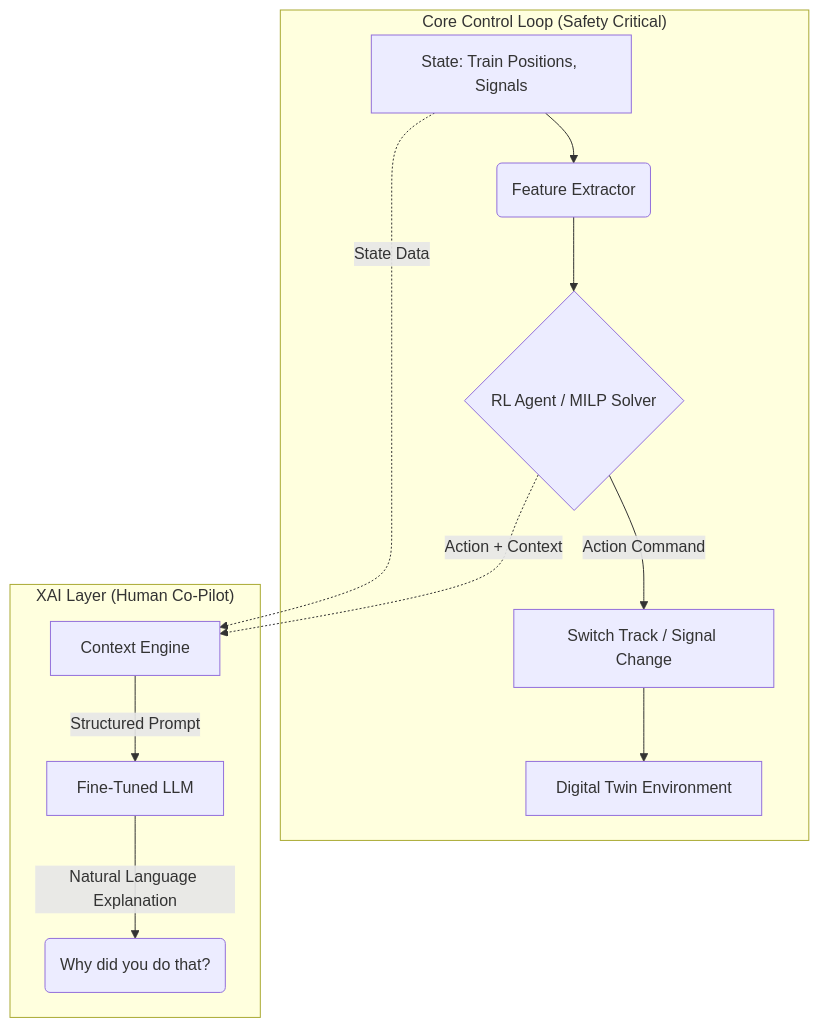
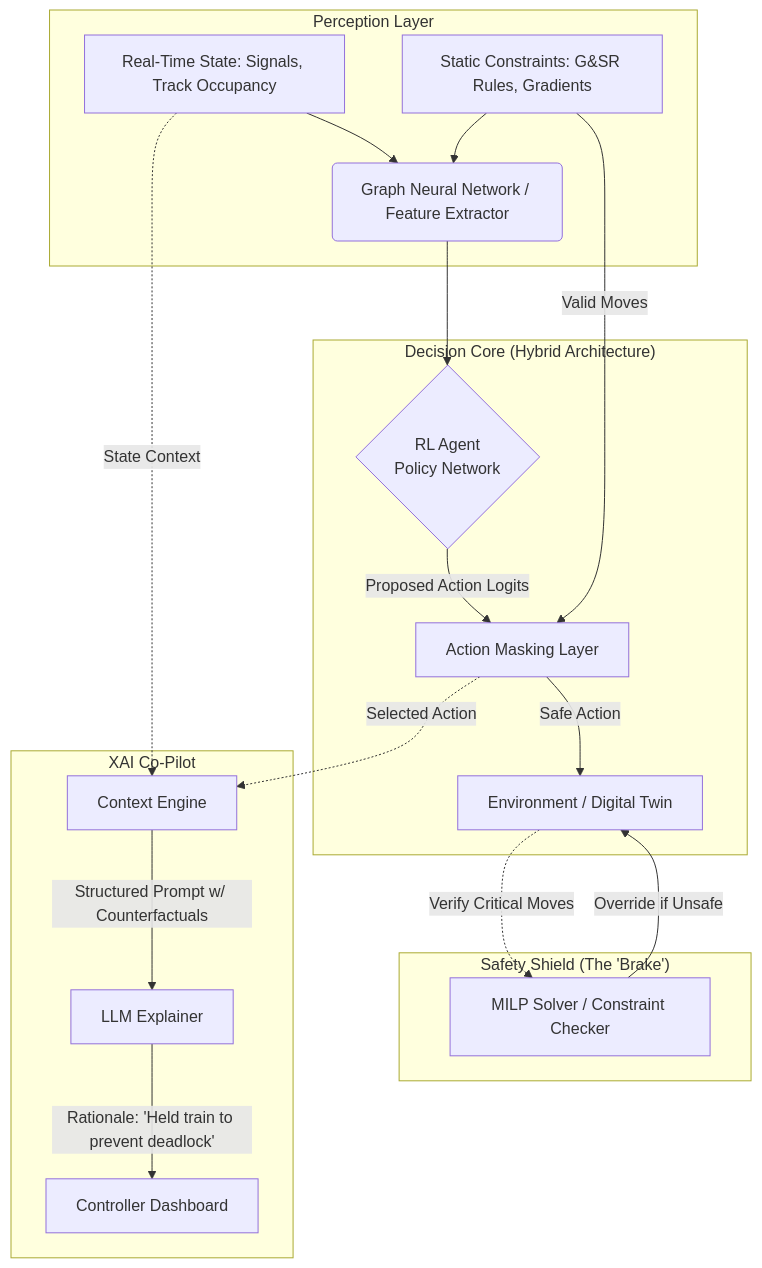
Before and after one commit to brishavkumar/Roboflow: the diagram in README.md, drawn with Mermaid.

Commit message:
update mermaid graph added Maskable PPO + GNN Embeddings

````diff
--- a/README.md
+++ b/README.md
@@ -129,16 +129,26 @@
 ```mermaid
 graph TD
-    subgraph "Core Control Loop (Safety Critical)"
-        A[State: Train Positions, Signals] --> B(Feature Extractor)
-        B --> C{RL Agent / MILP Solver}
-        C -->|Action Command| D[Switch Track / Signal Change]
-        D --> E[Digital Twin Environment]
+    subgraph "Perception Layer"
+        A[Real-Time State: Signals, Track Occupancy] --> B(Graph Neural Network / Feature Extractor)
+        Static[Static Constraints: G&SR Rules, Gradients] --> B
     end
 
-    subgraph "XAI Layer (Human Co-Pilot)"
-        C -.->|Action + Context| F[Context Engine]
-        A -.->|State Data| F
-        F -->|Structured Prompt| G[Fine-Tuned LLM]
-        G -->|Natural Language Explanation| H("Why did you do that?")
+    subgraph "Decision Core (Hybrid Architecture)"
+        B --> C{RL Agent <br/> Policy Network}
+        C -->|Proposed Action Logits| D[Action Masking Layer]
+        Static -->|Valid Moves| D
+        D -->|Safe Action| E[Environment / Digital Twin]
+    end
+
+    subgraph "Safety Shield (The 'Brake')"
+        E -.->|Verify Critical Moves| F[MILP Solver / Constraint Checker]
+        F -->|Override if Unsafe| E
+    end
+
+    subgraph "XAI Co-Pilot"
+        D -.->|Selected Action| G[Context Engine]
+        A -.->|State Context| G
+        G -->|Structured Prompt w/ Counterfactuals| H[LLM Explainer]
+        H -->|Rationale: 'Held train to prevent deadlock'| I[Controller Dashboard]
     end
 ```
````
